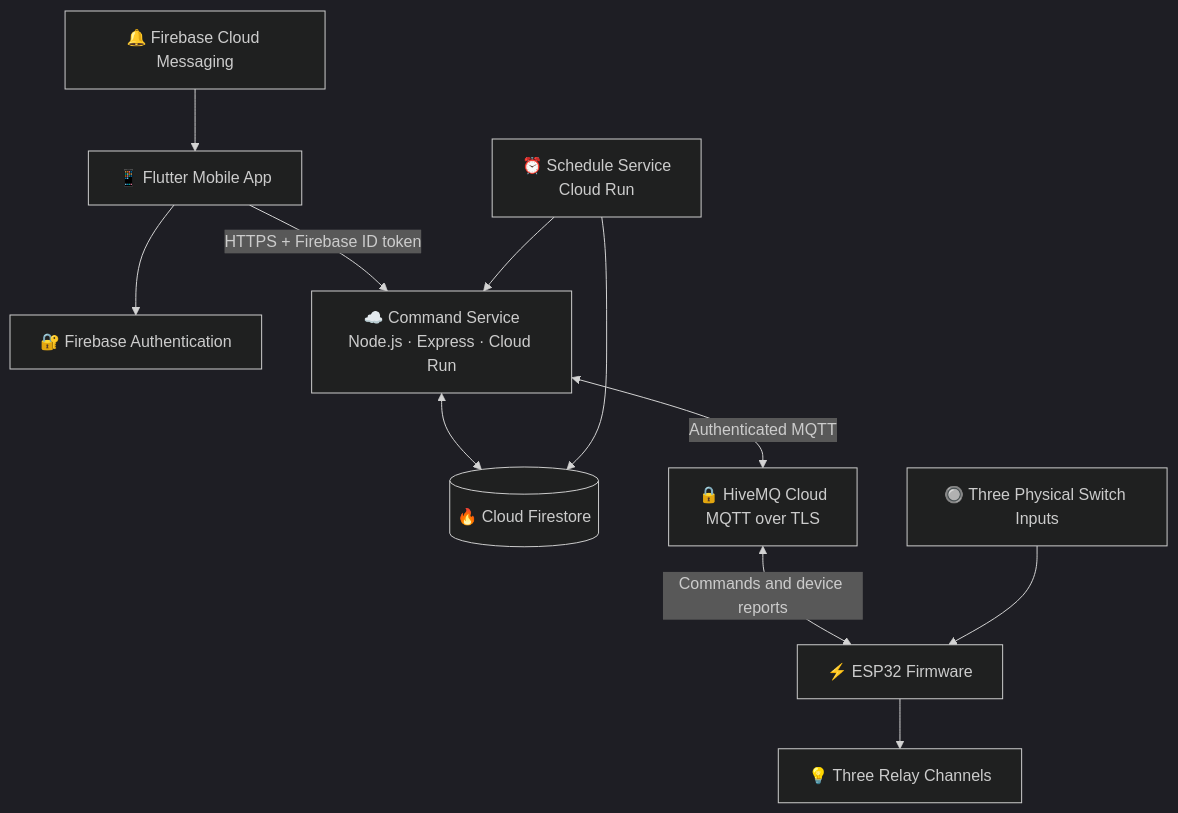
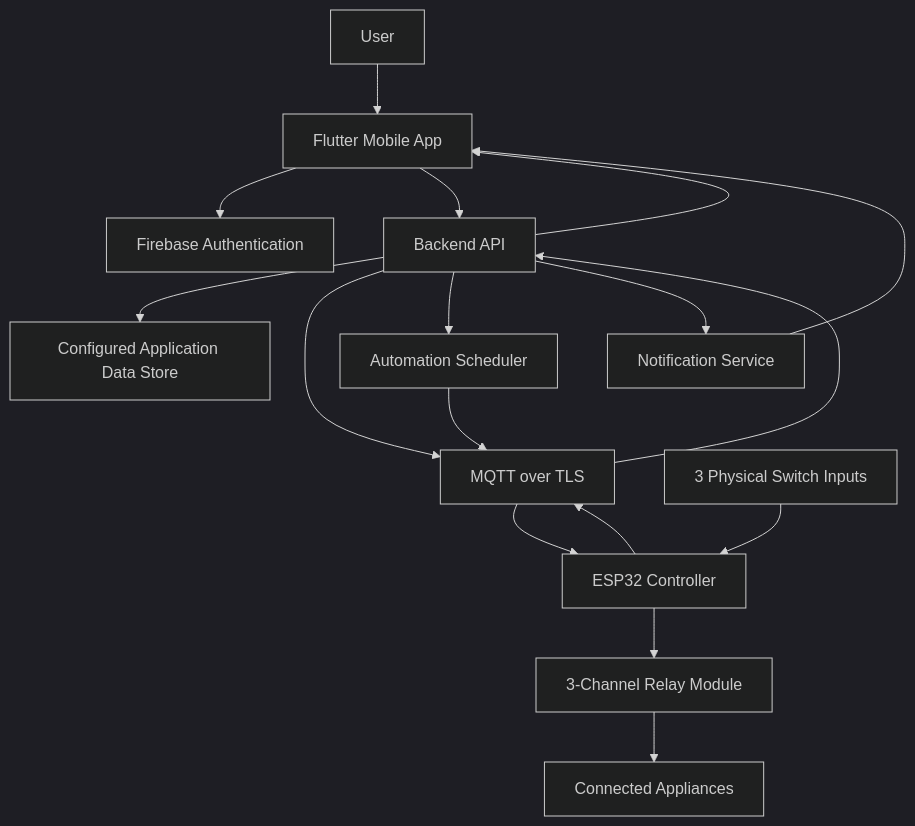
Before and after one commit to Aakash1106S/HAVEN-: the diagram in README.md, drawn with Mermaid (dark theme). The commit also changed other lines of this file, not shown here.

````diff
--- a/README.md
+++ b/README.md
@@ -108,25 +125,26 @@
 ```mermaid
-flowchart TB
-    U["📱 Flutter Mobile App"]
+flowchart TD
+    U[User] --> APP[Flutter Mobile App]
 
-    AUTH["🔐 Firebase Authentication"]
-    API["☁️ Command Service<br/>Node.js · Express · Cloud Run"]
-    DB[("🔥 Cloud Firestore")]
-    MQTT["🔒 HiveMQ Cloud<br/>MQTT over TLS"]
-    ESP["⚡ ESP32 Firmware"]
-    RELAY["💡 Three Relay Channels"]
-    SWITCH["🔘 Three Physical Switch Inputs"]
-    SCHEDULE["⏰ Schedule Service<br/>Cloud Run"]
-    FCM["🔔 Firebase Cloud Messaging"]
+    APP --> AUTH[Firebase Authentication]
+    APP --> API[Backend API]
 
-    U --> AUTH
-    U -->|"HTTPS + Firebase ID token"| API
-    API <--> DB
-    API <-->|"Authenticated MQTT"| MQTT
-    MQTT <-->|"Commands and device reports"| ESP
-    ESP --> RELAY
-    SWITCH --> ESP
-    SCHEDULE --> DB
-    SCHEDULE --> API
-    FCM --> U
+    API --> DB[Configured Application Data Store]
+    API --> MQTT[MQTT over TLS]
+
+    MQTT --> ESP[ESP32 Controller]
+    ESP --> RELAY[3-Channel Relay Module]
+    RELAY --> LOAD[Connected Appliances]
+
+    SWITCH[3 Physical Switch Inputs] --> ESP
+
+    ESP --> MQTT
+    MQTT --> API
+    API --> APP
+
+    API --> SCHED[Automation Scheduler]
+    SCHED --> MQTT
+
+    API --> NOTIFY[Notification Service]
+    NOTIFY --> APP
 ```
````
